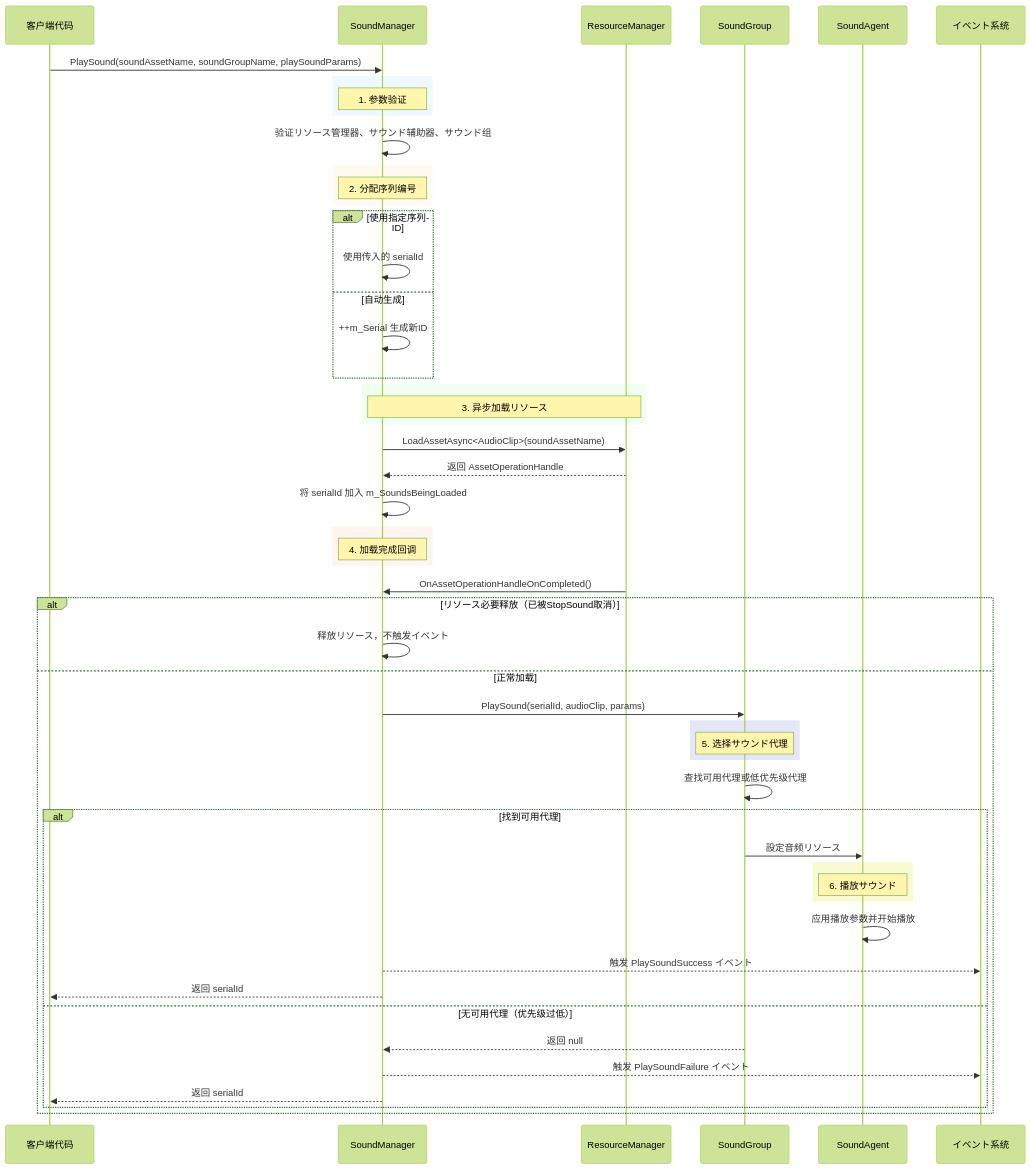
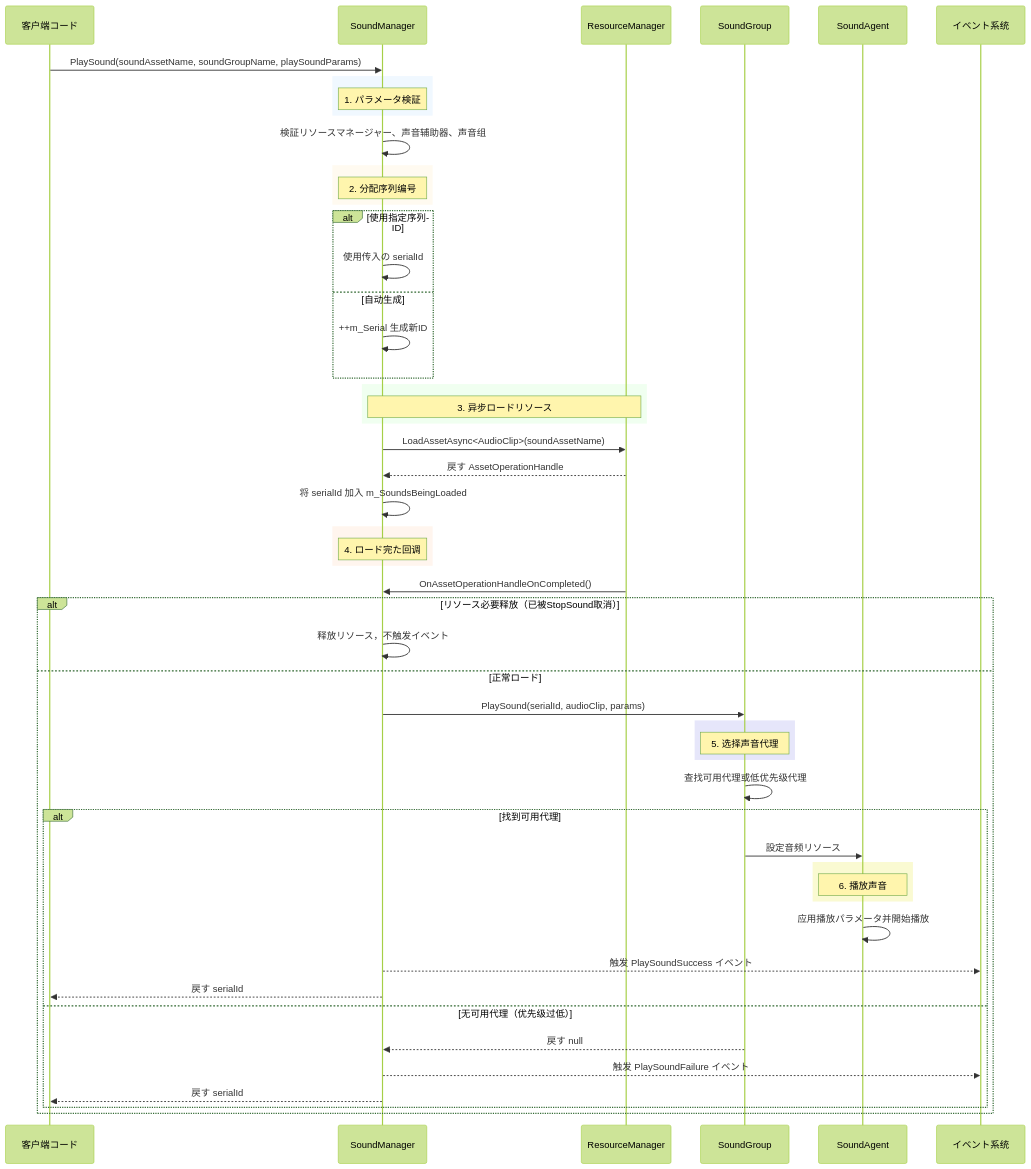
Before and after one commit to AlianBlank/GameFrameX.Docs: the fourth of 5 diagrams in docs/ja/client/unity/component/sound/05.sound-manager.md, drawn with Mermaid (forest theme). The commit also changed other lines of this file and 320 other files, not shown here.

````diff
--- a/docs/ja/client/unity/component/sound/05.sound-manager.md
+++ b/docs/ja/client/unity/component/sound/05.sound-manager.md
@@ -203,71 +203,71 @@
 ```mermaid
 sequenceDiagram
-    participant Client as 客户端代码
+    participant Client as 客户端コード
     participant SM as SoundManager
     participant RM as ResourceManager
     participant SG as SoundGroup
     participant SA as SoundAgent
     participant Event as イベント系统
     
     Client->>SM: PlaySound(soundAssetName, soundGroupName, playSoundParams)
     
     rect rgb(240, 248, 255)
-        Note over SM: 1. 参数验证
+        Note over SM: 1. パラメータ検証
     end
     
-    SM->>SM: 验证リソース管理器、サウンド辅助器、サウンド组
+    SM->>SM: 検証リソースマネージャー、声音辅助器、声音组
     
     rect rgb(255, 250, 240)
         Note over SM: 2. 分配序列编号
     end
     
     alt 使用指定序列ID
-        SM->>SM: 使用传入的 serialId
+        SM->>SM: 使用传入の serialId
     else 自动生成
         SM->>SM: ++m_Serial 生成新ID
     end
     
     rect rgb(240, 255, 240)
-        Note over SM,RM: 3. 异步加载リソース
+        Note over SM,RM: 3. 异步ロードリソース
     end
     
     SM->>RM: LoadAssetAsync<AudioClip>(soundAssetName)
-    RM-->>SM: 返回 AssetOperationHandle
+    RM-->>SM: 戻す AssetOperationHandle
     
     SM->>SM: 将 serialId 加入 m_SoundsBeingLoaded
     
     rect rgb(255, 245, 238)
-        Note over SM: 4. 加载完成回调
+        Note over SM: 4. ロード完た回调
     end
     
     RM->>SM: OnAssetOperationHandleOnCompleted()
     
     alt リソース必要释放（已被StopSound取消）
         SM->>SM: 释放リソース，不触发イベント
-    else 正常加载
+    else 正常ロード
         SM->>SG: PlaySound(serialId, audioClip, params)
         
         rect rgb(230, 230, 250)
-            Note over SG: 5. 选择サウンド代理
+            Note over SG: 5. 选择声音代理
         end
         
         SG->>SG: 查找可用代理或低优先级代理
         
         alt 找到可用代理
             SG->>SA: 設定音频リソース
             
             rect rgb(250, 250, 210)
-                Note over SA: 6. 播放サウンド
+                Note over SA: 6. 播放声音
             end
             
-            SA->>SA: 应用播放参数并开始播放
+            SA->>SA: 应用播放パラメータ并開始播放
             
             SM-->>Event: 触发 PlaySoundSuccess イベント
-            SM-->>Client: 返回 serialId
+            SM-->>Client: 戻す serialId
         else 无可用代理（优先级过低）
-            SG-->>SM: 返回 null
+            SG-->>SM: 戻す null
             SM-->>Event: 触发 PlaySoundFailure イベント
-            SM-->>Client: 返回 serialId
+            SM-->>Client: 戻す serialId
         end
     end
 ```
````
